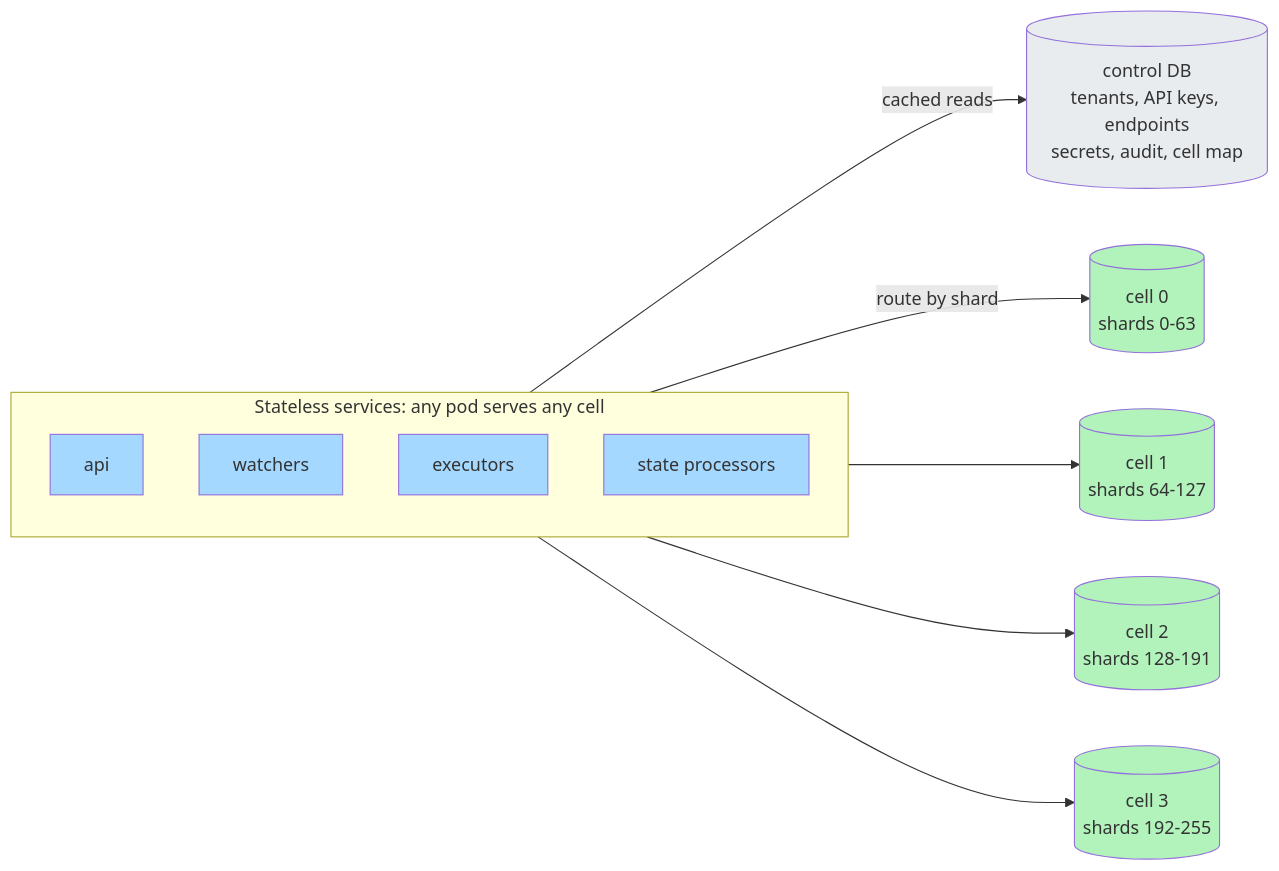
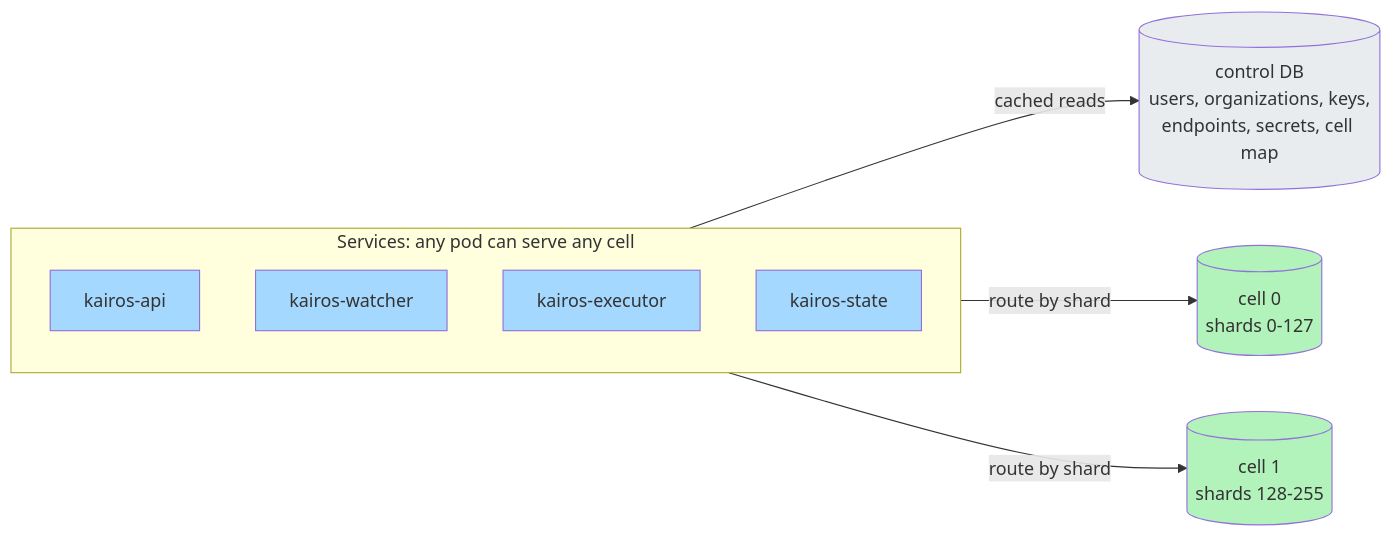
One commit to AbhishekKhot/Distributed-Job-Scheduler changed the diagram in lld/diagrams/src/hld-cells.mmd. Above: the diagram before and after it, drawn with Mermaid. The commit also changed 21 other files, not shown here.

```diff
--- a/lld/diagrams/src/hld-cells.mmd
+++ b/lld/diagrams/src/hld-cells.mmd
@@ -1,23 +1,19 @@
 flowchart LR
   classDef svc fill:#a5d8ff
   classDef db fill:#b2f2bb
   classDef bus fill:#ffec99
   classDef ext fill:#ffc9c9
   classDef cache fill:#d0bfff
   classDef grey fill:#e9ecef
-  subgraph SVC["Stateless services: any pod serves any cell"]
-    API["api"]:::svc
-    W["watchers"]:::svc
-    E["executors"]:::svc
-    S["state processors"]:::svc
+  subgraph SVC["Services: any pod can serve any cell"]
+    API["kairos-api"]:::svc
+    W["kairos-watcher"]:::svc
+    E["kairos-executor"]:::svc
+    S["kairos-state"]:::svc
   end
-  CTRL[("control DB<br/>tenants, API keys, endpoints<br/>secrets, audit, cell map")]:::grey
-  C0[("cell 0<br/>shards 0-63")]:::db
-  C1[("cell 1<br/>shards 64-127")]:::db
-  C2[("cell 2<br/>shards 128-191")]:::db
-  C3[("cell 3<br/>shards 192-255")]:::db
+  CTRL[("control DB<br/>users, organizations, keys,<br/>endpoints, secrets, cell map")]:::grey
+  C0[("cell 0<br/>shards 0-127")]:::db
+  C1[("cell 1<br/>shards 128-255")]:::db
   SVC -->|"cached reads"| CTRL
   SVC -->|"route by shard"| C0
-  SVC --> C1
-  SVC --> C2
-  SVC --> C3
+  SVC -->|"route by shard"| C1
```
